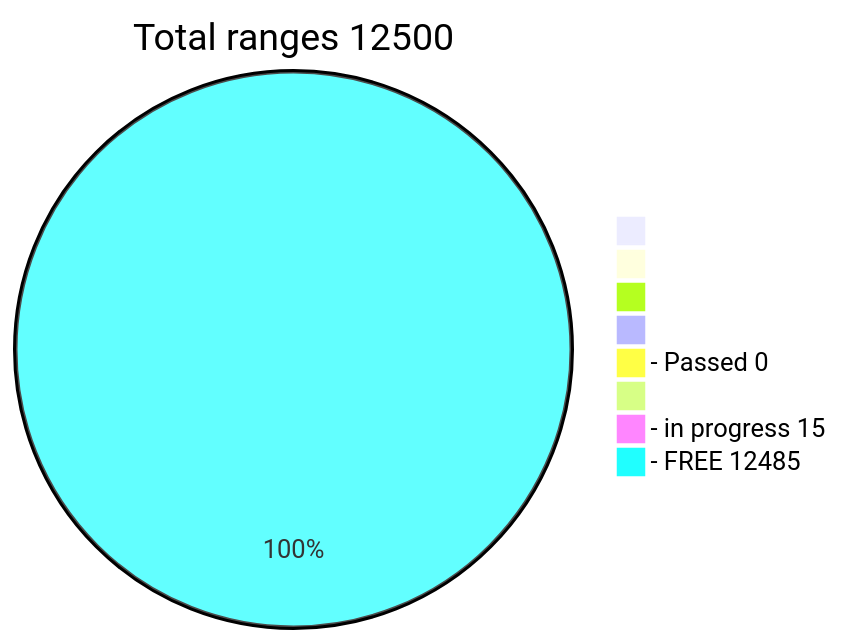
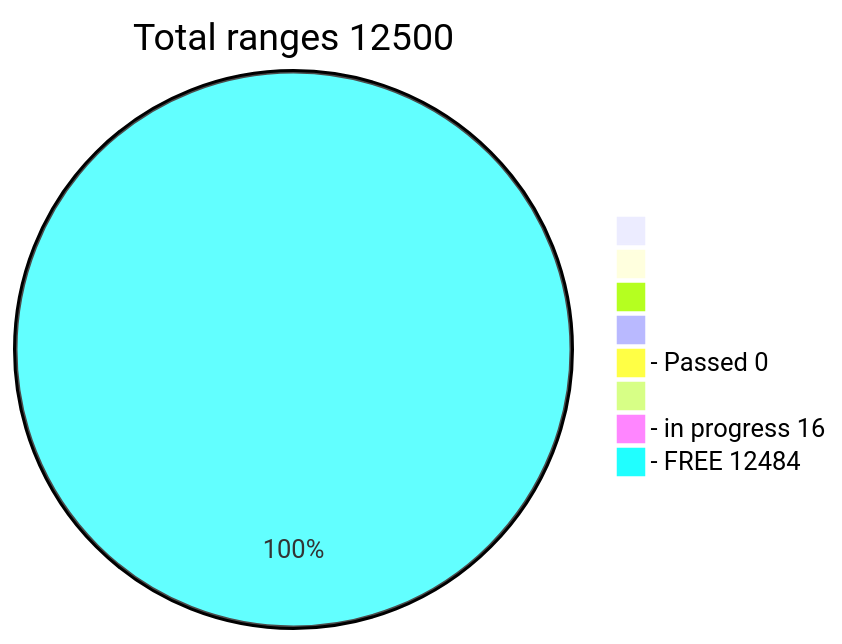
The diagram in README.md (phrutis/Passphrases), drawn with Mermaid before and after one commit.

````diff
--- a/README.md
+++ b/README.md
@@ -3,12 +3,12 @@
 ```mermaid
 pie title Total ranges 12500
              " " : 0
             "  " : 0
            "   " : 0
           "    " : 0
   "- Passed 0" : 0
          "     " : 0
-  "- in progress 15" : 15
-   "- FREE 12485" : 12485
+  "- in progress 16" : 16
+   "- FREE 12484" : 12484
    
 ```
````
